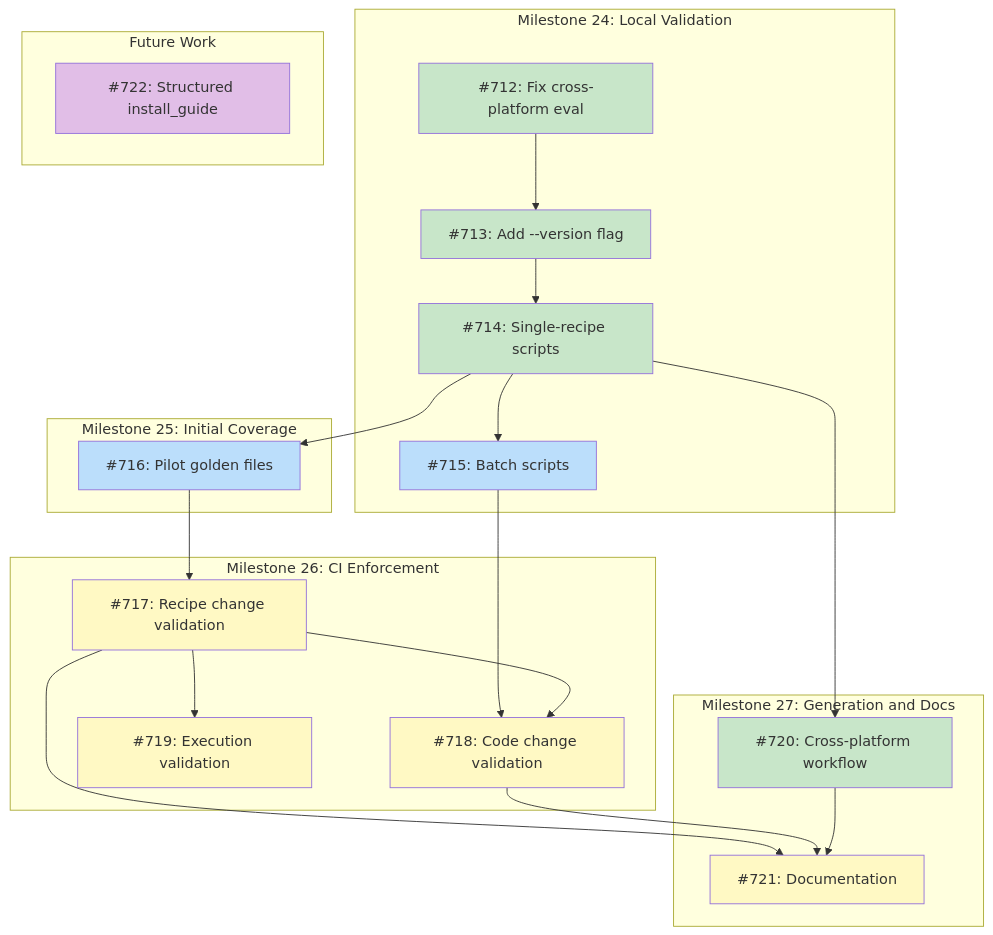
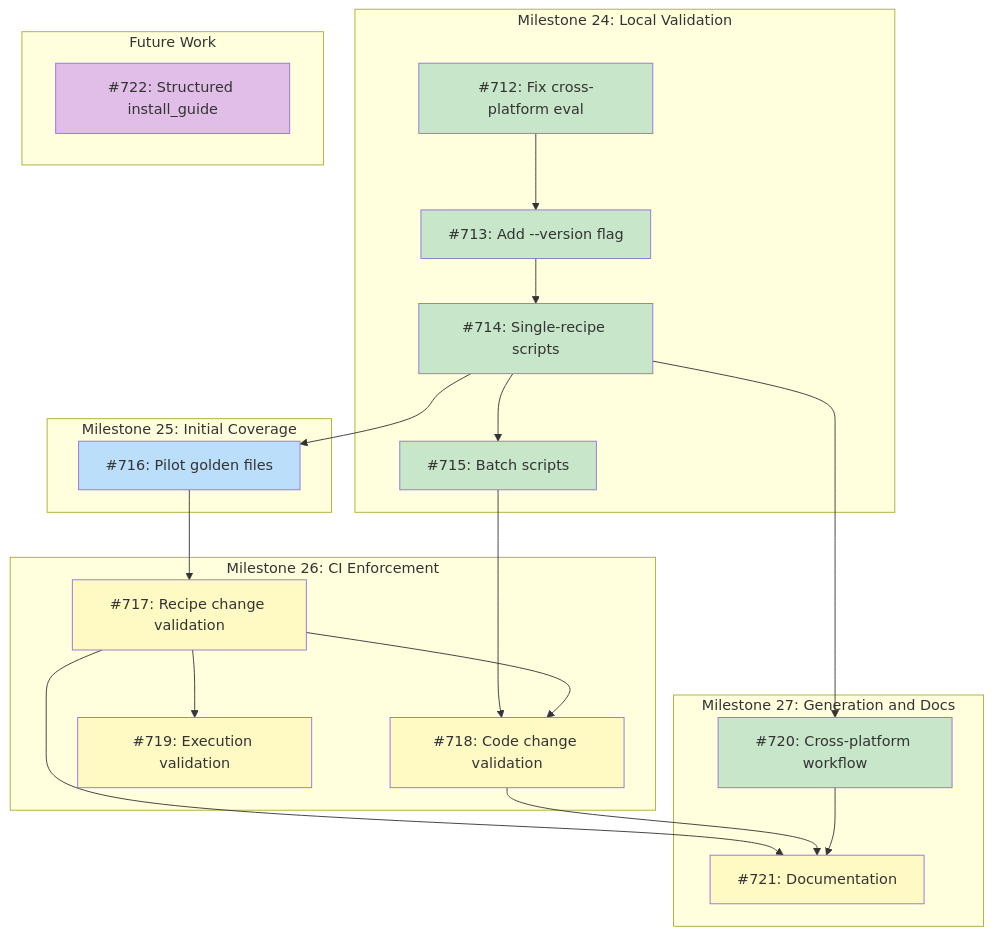
The diagram in docs/DESIGN-golden-plan-testing.md (tsukumogami/tsuku), drawn with Mermaid before and after one commit. The commit also changed 2 other files, not shown here.

Commit message:
feat(scripts): add batch golden file validation and regeneration (#734)
Add shell scripts for batch golden file management. Scripts iterate over
all
recipes with golden files and call the single-recipe scripts internally.

````diff
--- a/docs/DESIGN-golden-plan-testing.md
+++ b/docs/DESIGN-golden-plan-testing.md
@@ -47,51 +47,51 @@
 ```mermaid
 graph TD
     subgraph M24["Milestone 24: Local Validation"]
         I712["#712: Fix cross-platform eval"]
         I713["#713: Add --version flag"]
         I714["#714: Single-recipe scripts"]
         I715["#715: Batch scripts"]
     end
 
     subgraph M25["Milestone 25: Initial Coverage"]
         I716["#716: Pilot golden files"]
     end
 
     subgraph M26["Milestone 26: CI Enforcement"]
         I717["#717: Recipe change validation"]
         I718["#718: Code change validation"]
         I719["#719: Execution validation"]
     end
 
     subgraph M27["Milestone 27: Generation and Docs"]
         I720["#720: Cross-platform workflow"]
         I721["#721: Documentation"]
     end
 
     subgraph Future["Future Work"]
         I722["#722: Structured install_guide"]
     end
 
     I712 --> I713
     I713 --> I714
     I714 --> I715
     I714 --> I716
     I714 --> I720
     I716 --> I717
     I715 --> I718
     I717 --> I718
     I717 --> I719
     I717 --> I721
     I718 --> I721
     I720 --> I721
 
     classDef done fill:#c8e6c9
     classDef ready fill:#bbdefb
     classDef blocked fill:#fff9c4
     classDef needsDesign fill:#e1bee7
 
-    class I712,I713,I714,I720 done
-    class I715,I716 ready
+    class I712,I713,I714,I715,I720 done
+    class I716 ready
     class I717,I718,I719,I721 blocked
     class I722 needsDesign
 ```
````
